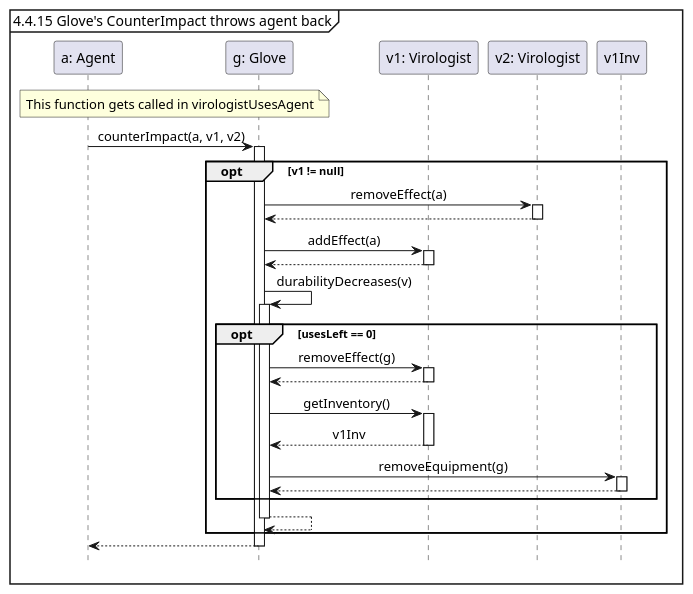
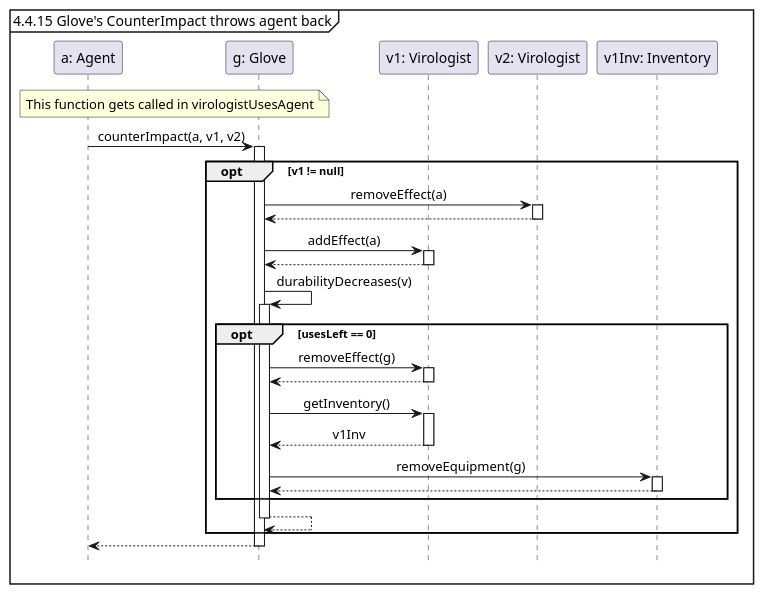
One commit to Tschonti/503-service-unavailable changed the diagram in docs/seqDiagrams/12_2gloveCounterImpact.puml. Above: the diagram before and after it, drawn with PlantUML. The commit also changed 4 other files, not shown here.

```diff
--- a/docs/seqDiagrams/12_2gloveCounterImpact.puml
+++ b/docs/seqDiagrams/12_2gloveCounterImpact.puml
@@ -1,34 +1,35 @@
 @startuml
 'https://plantuml.com/sequence-diagram
 
 hide footbox
 skinparam sequenceMessageAlign center
 
 mainframe 4.4.15 Glove's CounterImpact throws agent back
 
 participant "a: Agent" as a
 participant "g: Glove" as g
 participant "v1: Virologist" as v1
 participant "v2: Virologist" as v2
+participant "v1Inv: Inventory" as v1Inv
 
 note over a, g : This function gets called in virologistUsesAgent
 a-> g ++: counterImpact(a, v1, v2)
     opt v1 != null
         g -> v2 ++: removeEffect(a)
         return
         g -> v1 ++: addEffect(a)
         return
         g -> g ++: durabilityDecreases(v) /'Should have an unbreaking enchantment'/
         opt usesLeft == 0
             g -> v1 ++: removeEffect(g)
             return
             g -> v1 ++ : getInventory()
             return v1Inv
             g -> v1Inv ++ : removeEquipment(g)
             return
         end
         return
     end
 return
 
 @enduml
```
